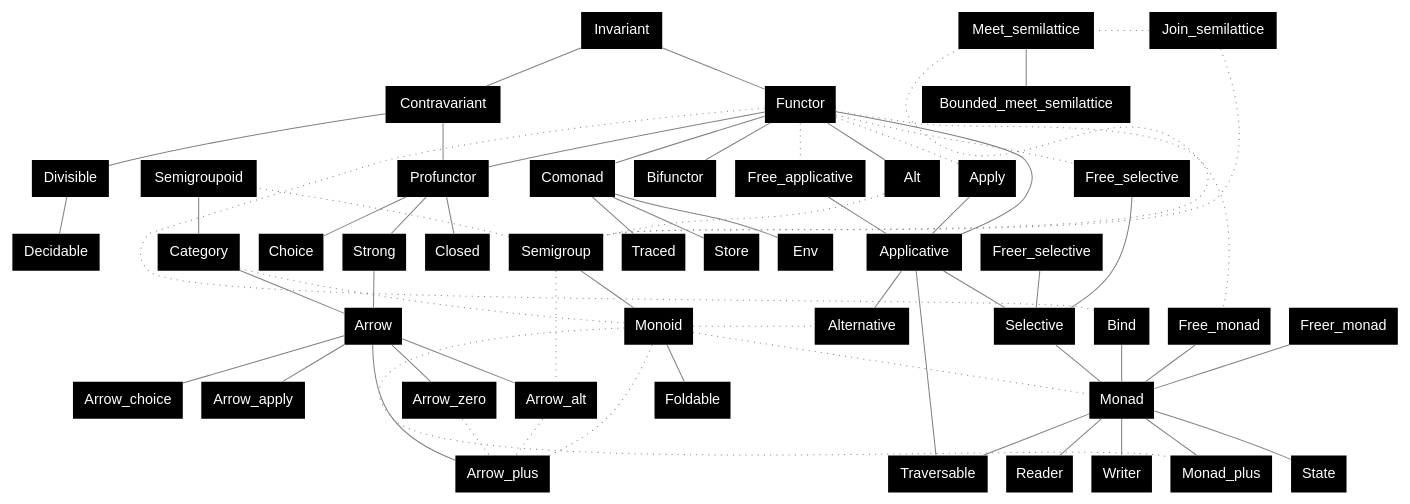
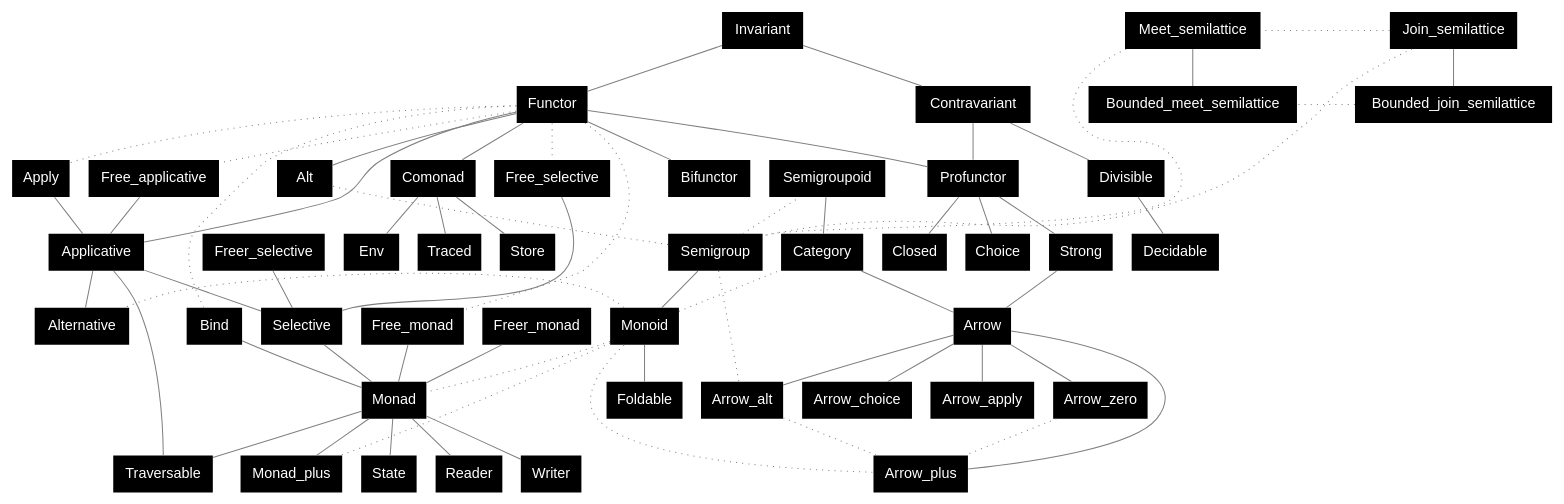
The diagram in .github/dot/specs.dot (xvw/preface), drawn with Graphviz before and after one commit. The commit also changed 12 other files, not shown here.

Commit message:
add Bounded_join_semilattice abstraction

```diff
--- a/.github/dot/specs.dot
+++ b/.github/dot/specs.dot
@@ -1,79 +1,81 @@
 graph {
         node [shape=plaintext; fontname = "Helvetica"; style=filled; fillcolor=black; fontcolor=white];
         edge [color = gray];
 
         Invariant;
         Invariant -- Functor;
         Invariant -- Contravariant;
         Contravariant;
         Divisible;
         Decidable;
         Functor -- Applicative -- Selective -- Monad;
         Functor -- Apply [style=dotted; arrowhead=none; constraint=false];
         Apply -- Applicative;
         Bind -- Monad;
         Functor -- Bind [style=dotted; arrowhead=none; constraint=false];
         Applicative -- Alternative;
         Monad -- Monad_plus;
         Functor -- Alt;
         Functor -- Comonad;
         
         Semigroup -- Monoid;
         Monoid -- Alternative [style=dotted; arrowhead=none; constraint=false];
         Monoid -- Monad_plus [style=dotted; arrowhead=none; constraint=false];
         Semigroup -- Alt [style=dotted; arrowhead=none; constraint=false];
         Monoid -- Monad [style=dotted; arrowhead=none];
         Monoid -- Foldable;
 
         Functor -- Free_selective [style=dotted; arrowhead=none];
         Functor -- Free_applicative [style=dotted; arrowhead=none];
         Functor -- Free_monad [style=dotted; arrowhead=none];
         
         Free_selective -- Selective;
         Freer_selective -- Selective;
         Free_applicative -- Applicative;
         Free_monad -- Monad;
         Freer_monad -- Monad;
 
         Profunctor;
         Bifunctor;
 
         Contravariant -- Divisible -- Decidable;
         Contravariant -- Profunctor;
         Functor -- Profunctor;
         Functor -- Bifunctor;
 
         Monad -- State;
         Monad -- Reader;
         Monad -- Writer;
 
         Comonad -- Store;
         Comonad -- Env;
         Comonad -- Traced;
 
         Applicative -- Traversable;
         Monad -- Traversable;
 
         Semigroup -- Semigroupoid [style=dotted; arrowhead=none; constraint=false];
         Monoid -- Category [style=dotted; arrowhead=none; constraint=false];
         Semigroupoid -- Category
         Category -- Arrow;
         Profunctor -- Strong;
         Profunctor -- Choice;
         Profunctor -- Closed;
         Strong -- Arrow;
         Arrow -- Arrow_zero;
         Arrow -- Arrow_alt;
         Arrow -- Arrow_plus;
         Arrow -- Arrow_choice;
         Arrow -- Arrow_apply;
         Arrow_zero -- Arrow_plus [style=dotted; arrowhead=none];
         Arrow_alt -- Arrow_plus [style=dotted; arrowhead=none];
         Monoid -- Arrow_plus [style=dotted; arrowhead=none];
         Semigroup -- Arrow_alt [style=dotted; arrowhead=none];
 
         Meet_semilattice -- Semigroup [style=dotted; arrowhead=none; constraint=false];
         Meet_semilattice -- Bounded_meet_semilattice;
         Join_semilattice -- Semigroup [style=dotted; arrowhead=none; constraint=false];
+        Join_semilattice -- Bounded_join_semilattice;
         Join_semilattice -- Meet_semilattice [style=dotted; arrowhead=none; constraint=false];
+        Bounded_join_semilattice -- Bounded_meet_semilattice [style=dotted; arrowhead=none; constraint=false];
 }
```
